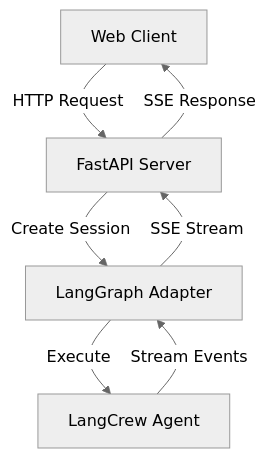
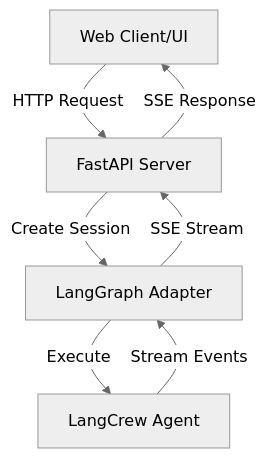
One commit to 01-ai/langcrew changed the diagram in docs/src/content/docs/concepts/web.mdx. Above: the diagram before and after it, drawn with Mermaid (neutral theme). The commit also changed other lines of this file and 5 other files, not shown here.

````diff
--- a/docs/src/content/docs/concepts/web.mdx
+++ b/docs/src/content/docs/concepts/web.mdx
@@ -38,9 +39,9 @@
 ```mermaid
 graph TD
-    A[Web Client] -->|HTTP Request| B[FastAPI Server]
+    A[Web Client/UI] -->|HTTP Request| B[FastAPI Server]
     B -->|Create Session| C[LangGraph Adapter]
     C -->|Execute| D[LangCrew Agent]
     D -->|Stream Events| C
     C -->|SSE Stream| B
     B -->|SSE Response| A
 ```
````
